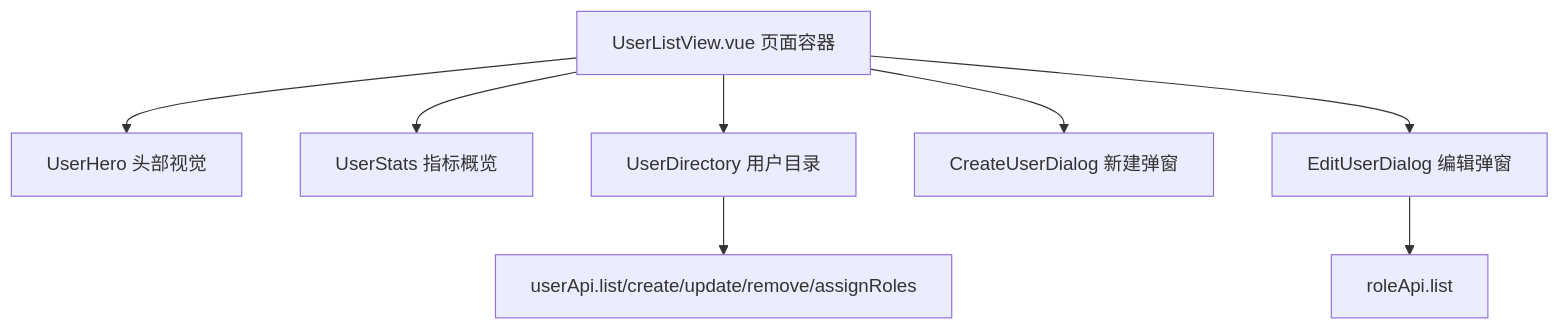
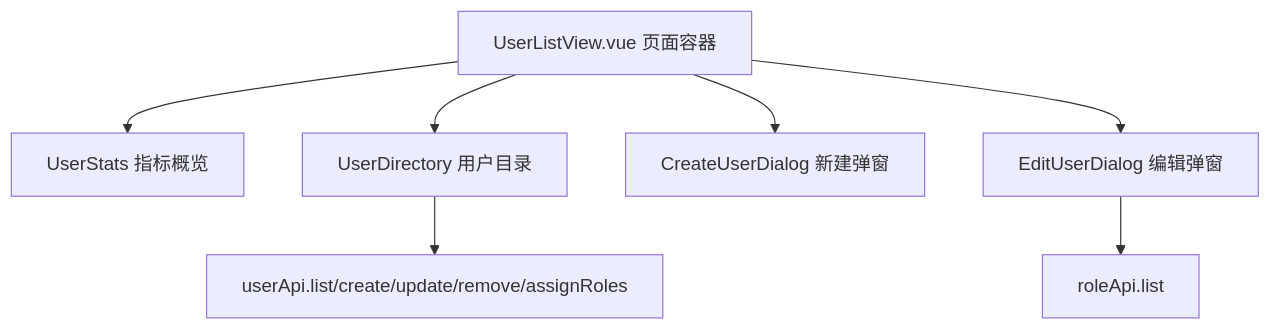
The fourth of 6 diagrams in docs/rbac.md (yiting001/E-sports-01), drawn with Mermaid before and after one commit. The commit also changed other lines of this file and 91 other files, not shown here.

````diff
--- a/docs/rbac.md
+++ b/docs/rbac.md
@@ -159,10 +160,9 @@
 ```mermaid
 flowchart TD
-  Page["UserListView.vue 页面容器"] --> Hero["UserHero 头部视觉"]
-  Page --> Stats["UserStats 指标概览"]
+  Page["UserListView.vue 页面容器"] --> Stats["UserStats 指标概览"]
   Page --> Directory["UserDirectory 用户目录"]
   Page --> CreateDialog["CreateUserDialog 新建弹窗"]
   Page --> EditDialog["EditUserDialog 编辑弹窗"]
   Directory --> UserApi["userApi.list/create/update/remove/assignRoles"]
   EditDialog --> RoleApi["roleApi.list"]
 ```
````
